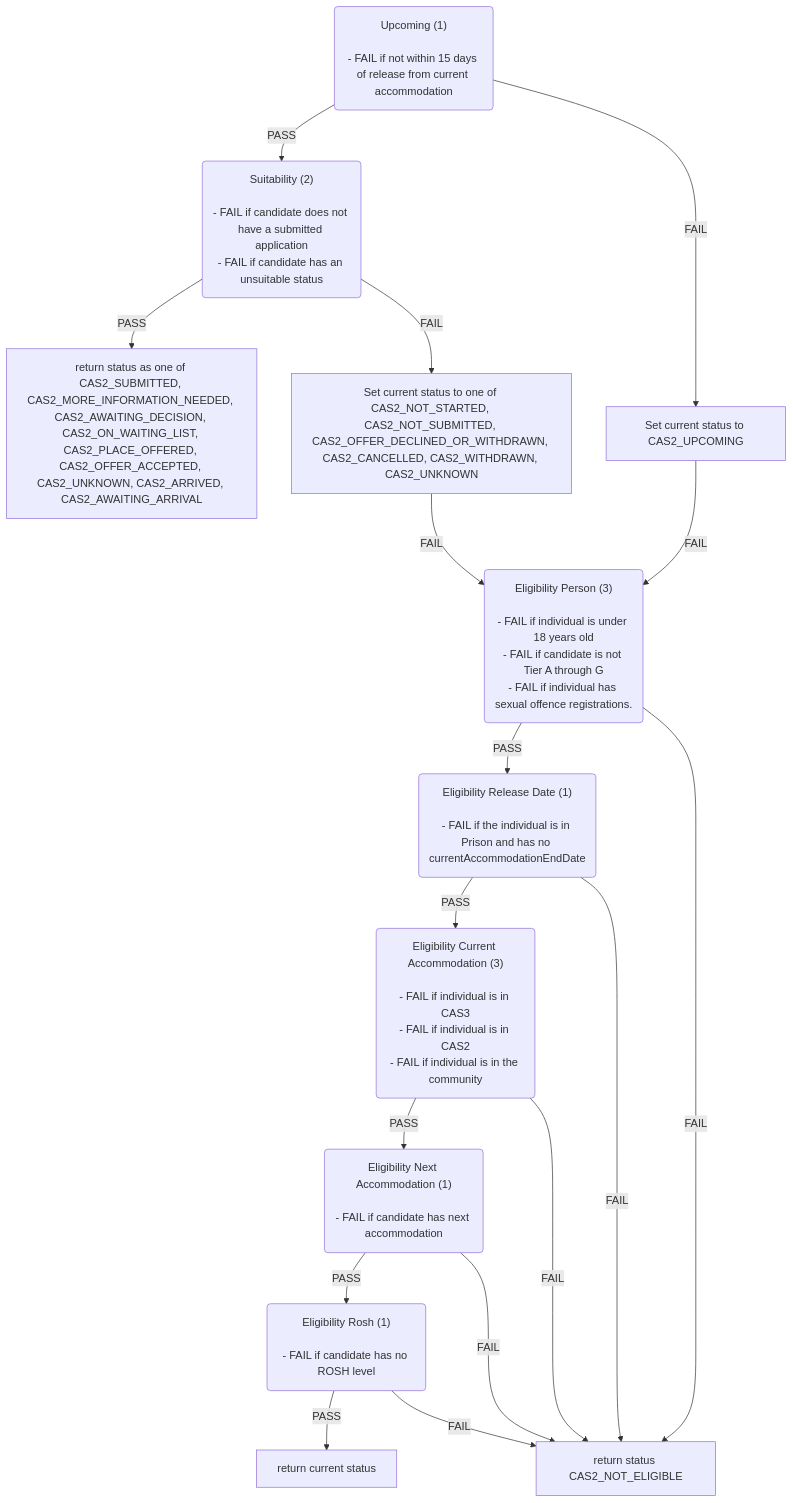
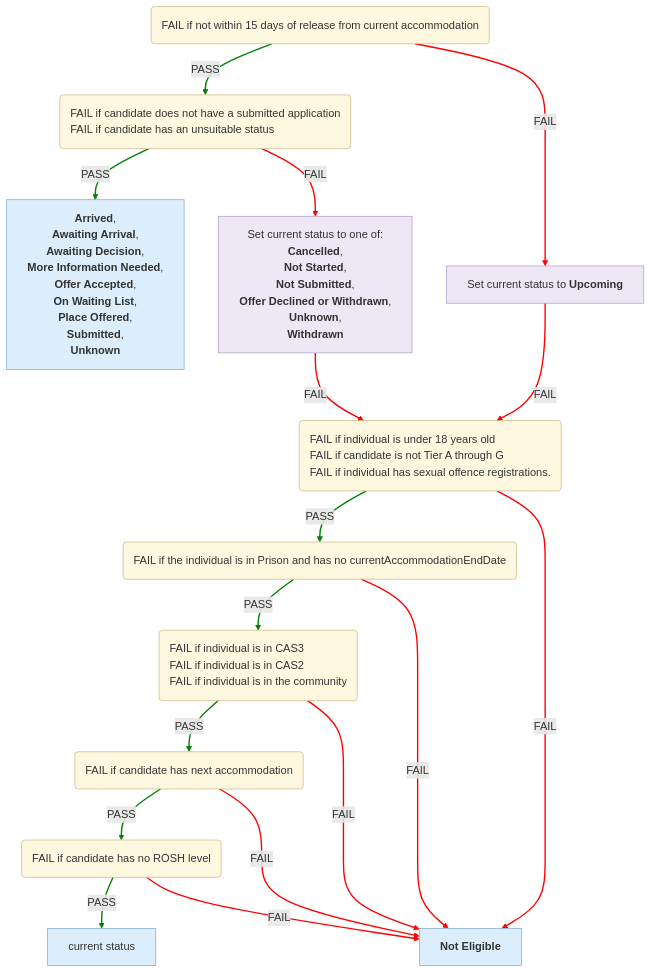
The second of 6 diagrams in docs/eligibility-rules-graph.md (ministryofjustice/hmpps-single-accommodation-service-api), drawn with Mermaid before and after one commit. The commit also changed other lines of this file and 20 other files, not shown here.

Commit message:
chore/SAS-1532-Use-UI-statuses-in-graph-instead-of-enums

````diff
--- a/docs/eligibility-rules-graph.md
+++ b/docs/eligibility-rules-graph.md
@@ -112,50 +135,59 @@
 ```mermaid
+%%{init: {"flowchart": {"wrappingWidth": 800}}}%%
 flowchart TD
-  Upcoming("Upcoming (1)
-
-- FAIL if not within 15 days of release from current accommodation")
-  Suitability("Suitability (2)
-
-- FAIL if candidate does not have a submitted application
-- FAIL if candidate has an unsuitable status")
-  return_status_as_one_of_CAS2_SUBMITTED__CAS2_MORE_INFORMATION_NEEDED__CAS2_AWAITING_DECISION__CAS2_ON_WAITING_LIST__CAS2_PLACE_OFFERED__CAS2_OFFER_ACCEPTED__CAS2_UNKNOWN__CAS2_ARRIVED__CAS2_AWAITING_ARRIVAL["return status as one of CAS2_SUBMITTED, CAS2_MORE_INFORMATION_NEEDED, CAS2_AWAITING_DECISION, CAS2_ON_WAITING_LIST, CAS2_PLACE_OFFERED, CAS2_OFFER_ACCEPTED, CAS2_UNKNOWN, CAS2_ARRIVED, CAS2_AWAITING_ARRIVAL"]
-  Set_current_status_to_one_of_CAS2_NOT_STARTED__CAS2_NOT_SUBMITTED__CAS2_OFFER_DECLINED_OR_WITHDRAWN__CAS2_CANCELLED__CAS2_WITHDRAWN__CAS2_UNKNOWN["Set current status to one of CAS2_NOT_STARTED, CAS2_NOT_SUBMITTED, CAS2_OFFER_DECLINED_OR_WITHDRAWN, CAS2_CANCELLED, CAS2_WITHDRAWN, CAS2_UNKNOWN"]
-  Eligibility_Person("Eligibility Person (3)
-
-- FAIL if individual is under 18 years old
-- FAIL if candidate is not Tier A through G
-- FAIL if individual has sexual offence registrations.")
-  Eligibility_Release_Date("Eligibility Release Date (1)
-
-- FAIL if the individual is in Prison and has no currentAccommodationEndDate")
-  Eligibility_Current_Accommodation("Eligibility Current Accommodation (3)
-
-- FAIL if individual is in CAS3
-- FAIL if individual is in CAS2
-- FAIL if individual is in the community")
-  Eligibility_Next_Accommodation("Eligibility Next Accommodation (1)
-
-- FAIL if candidate has next accommodation")
-  Eligibility_Rosh("Eligibility Rosh (1)
-
-- FAIL if candidate has no ROSH level")
-  return_current_status["return current status"]
-  return_status_CAS2_NOT_ELIGIBLE["return status CAS2_NOT_ELIGIBLE"]
-  Set_current_status_to_CAS2_UPCOMING["Set current status to CAS2_UPCOMING"]
-  Suitability -->|PASS| return_status_as_one_of_CAS2_SUBMITTED__CAS2_MORE_INFORMATION_NEEDED__CAS2_AWAITING_DECISION__CAS2_ON_WAITING_LIST__CAS2_PLACE_OFFERED__CAS2_OFFER_ACCEPTED__CAS2_UNKNOWN__CAS2_ARRIVED__CAS2_AWAITING_ARRIVAL
-  Suitability -->|FAIL| Set_current_status_to_one_of_CAS2_NOT_STARTED__CAS2_NOT_SUBMITTED__CAS2_OFFER_DECLINED_OR_WITHDRAWN__CAS2_CANCELLED__CAS2_WITHDRAWN__CAS2_UNKNOWN
-  Eligibility_Rosh -->|PASS| return_current_status
-  Eligibility_Rosh -->|FAIL| return_status_CAS2_NOT_ELIGIBLE
+  Upcoming("<div style='text-align:left'>FAIL if not within 15 days of release from current accommodation</div>")
+  Suitability("<div style='text-align:left'>FAIL if candidate does not have a submitted application
+FAIL if candidate has an unsuitable status</div>")
+  outcome_Cas2CompletionContextUpdater["<b>Arrived</b>,
+ <b>Awaiting Arrival</b>,
+ <b>Awaiting Decision</b>,
+ <b>More Information Needed</b>,
+ <b>Offer Accepted</b>,
+ <b>On Waiting List</b>,
+ <b>Place Offered</b>,
+ <b>Submitted</b>,
+ <b>Unknown</b>"]
+  updater_Cas2SuitabilityContextUpdater["Set current status to one of:
+<b>Cancelled</b>,
+ <b>Not Started</b>,
+ <b>Not Submitted</b>,
+ <b>Offer Declined or Withdrawn</b>,
+ <b>Unknown</b>,
+ <b>Withdrawn</b>"]
+  Eligibility_Person("<div style='text-align:left'>FAIL if individual is under 18 years old
+FAIL if candidate is not Tier A through G
+FAIL if individual has sexual offence registrations.</div>")
+  Eligibility_Release_Date("<div style='text-align:left'>FAIL if the individual is in Prison and has no currentAccommodationEndDate</div>")
+  Eligibility_Current_Accommodation("<div style='text-align:left'>FAIL if individual is in CAS3
+FAIL if individual is in CAS2
+FAIL if individual is in the community</div>")
+  Eligibility_Next_Accommodation("<div style='text-align:left'>FAIL if candidate has next accommodation</div>")
+  Eligibility_Rosh("<div style='text-align:left'>FAIL if candidate has no ROSH level</div>")
+  confirmed["current status"]
+  CAS2_NOT_ELIGIBLE["<b>Not Eligible</b>"]
+  updater_Cas2UpcomingContextUpdater["Set current status to <b>Upcoming</b>"]
+  Suitability -->|PASS| outcome_Cas2CompletionContextUpdater
+  Suitability -->|FAIL| updater_Cas2SuitabilityContextUpdater
+  Eligibility_Rosh -->|PASS| confirmed
+  Eligibility_Rosh -->|FAIL| CAS2_NOT_ELIGIBLE
   Eligibility_Next_Accommodation -->|PASS| Eligibility_Rosh
-  Eligibility_Next_Accommodation -->|FAIL| return_status_CAS2_NOT_ELIGIBLE
+  Eligibility_Next_Accommodation -->|FAIL| CAS2_NOT_ELIGIBLE
   Eligibility_Current_Accommodation -->|PASS| Eligibility_Next_Accommodation
-  Eligibility_Current_Accommodation -->|FAIL| return_status_CAS2_NOT_ELIGIBLE
+  Eligibility_Current_Accommodation -->|FAIL| CAS2_NOT_ELIGIBLE
   Eligibility_Release_Date -->|PASS| Eligibility_Current_Accommodation
-  Eligibility_Release_Date -->|FAIL| return_status_CAS2_NOT_ELIGIBLE
+  Eligibility_Release_Date -->|FAIL| CAS2_NOT_ELIGIBLE
   Eligibility_Person -->|PASS| Eligibility_Release_Date
-  Eligibility_Person -->|FAIL| return_status_CAS2_NOT_ELIGIBLE
-  Set_current_status_to_one_of_CAS2_NOT_STARTED__CAS2_NOT_SUBMITTED__CAS2_OFFER_DECLINED_OR_WITHDRAWN__CAS2_CANCELLED__CAS2_WITHDRAWN__CAS2_UNKNOWN -->|FAIL| Eligibility_Person
+  Eligibility_Person -->|FAIL| CAS2_NOT_ELIGIBLE
+  updater_Cas2SuitabilityContextUpdater -->|FAIL| Eligibility_Person
   Upcoming -->|PASS| Suitability
-  Upcoming -->|FAIL| Set_current_status_to_CAS2_UPCOMING
-  Set_current_status_to_CAS2_UPCOMING -->|FAIL| Eligibility_Person
+  Upcoming -->|FAIL| updater_Cas2UpcomingContextUpdater
+  updater_Cas2UpcomingContextUpdater -->|FAIL| Eligibility_Person
+  linkStyle 0,2,4,6,8,10,13 stroke:green,stroke-width:2px
+  linkStyle 1,3,5,7,9,11,12,14,15 stroke:red,stroke-width:2px
+  classDef ruleSetNode fill:#FFF8E1,stroke:#C9B37E,color:#333
+  classDef outcomeNode fill:#DCEEFB,stroke:#7FA7C9,color:#333
+  classDef updaterNode fill:#EDE7F6,stroke:#A99BC9,color:#333
+  class Upcoming,Suitability,Eligibility_Person,Eligibility_Release_Date,Eligibility_Current_Accommodation,Eligibility_Next_Accommodation,Eligibility_Rosh ruleSetNode
+  class outcome_Cas2CompletionContextUpdater,confirmed,CAS2_NOT_ELIGIBLE outcomeNode
+  class updater_Cas2SuitabilityContextUpdater,updater_Cas2UpcomingContextUpdater updaterNode
 ```
````
